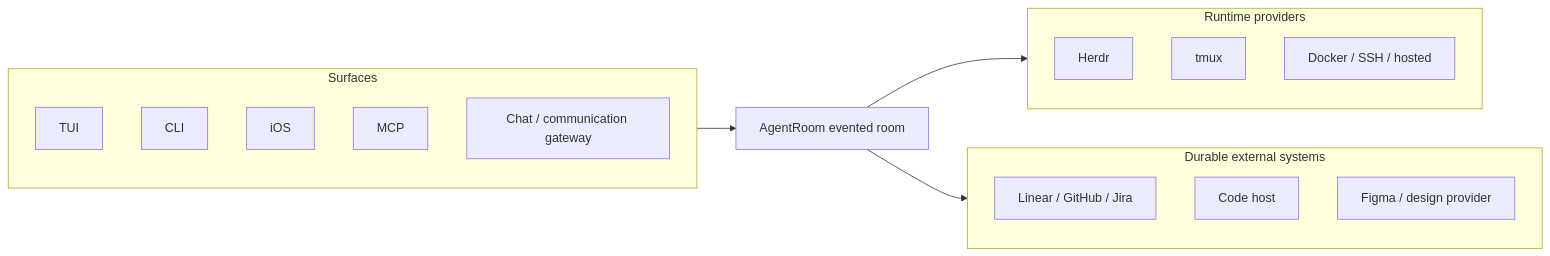
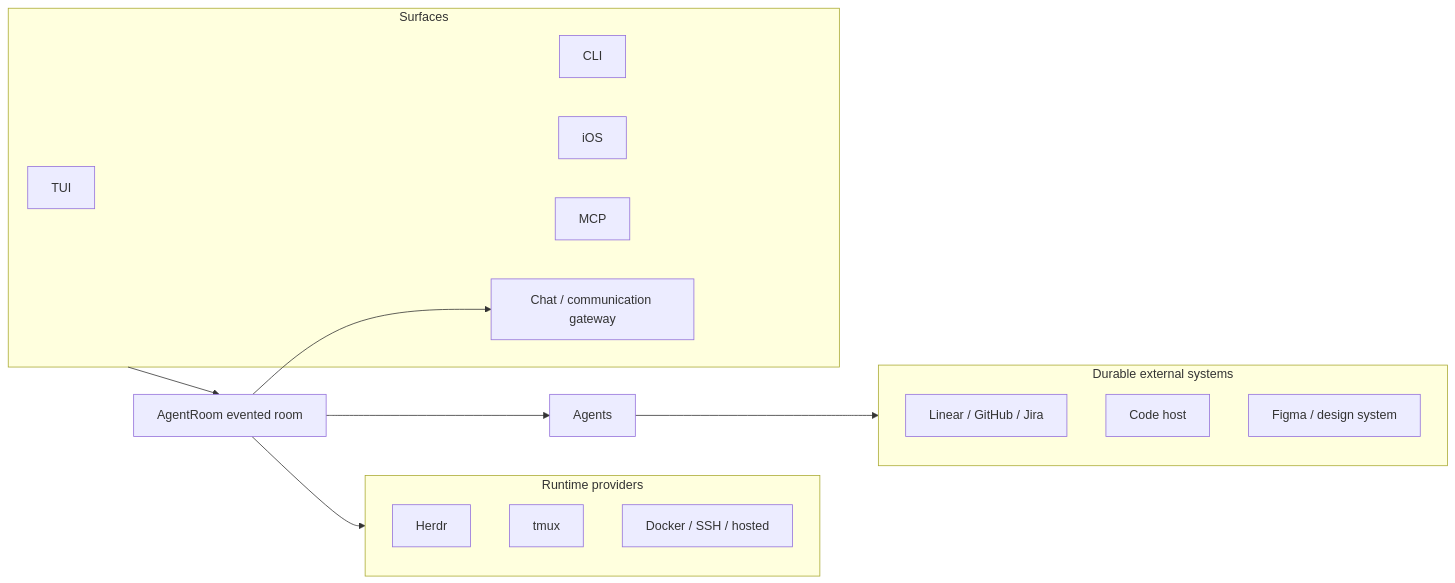
One commit to Volpestyle/agent-room changed the second of 3 diagrams in docs/ECOSYSTEM.md. Above: the diagram before and after it, drawn with Mermaid. The commit also changed other lines of this file and 43 other files, not shown here.

````diff
--- a/docs/ECOSYSTEM.md
+++ b/docs/ECOSYSTEM.md
@@ -103,28 +107,31 @@
 ```mermaid
 flowchart LR
   subgraph surfaces["Surfaces"]
     tui["TUI"]
     cli["CLI"]
     mobile["iOS"]
     mcp["MCP"]
     gateway["Chat / communication gateway"]
   end
 
   room["AgentRoom evented room"]
+  agents["Agents"]
 
   subgraph durable["Durable external systems"]
     tracker["Linear / GitHub / Jira"]
     code["Code host"]
-    design["Figma / design provider"]
+    design["Figma / design system"]
   end
 
   subgraph runtimes["Runtime providers"]
     herdr["Herdr"]
     tmux["tmux"]
     future["Docker / SSH / hosted"]
   end
 
   surfaces --> room
   room --> runtimes
-  room --> durable
+  room --> gateway
+  room --> agents
+  agents --> durable
 ```
````
